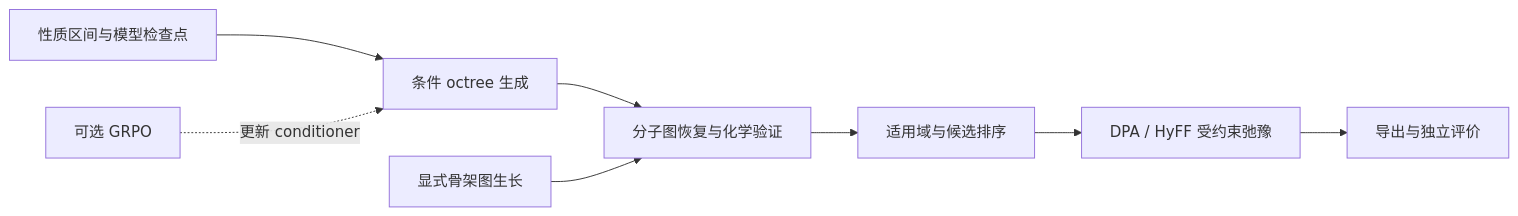
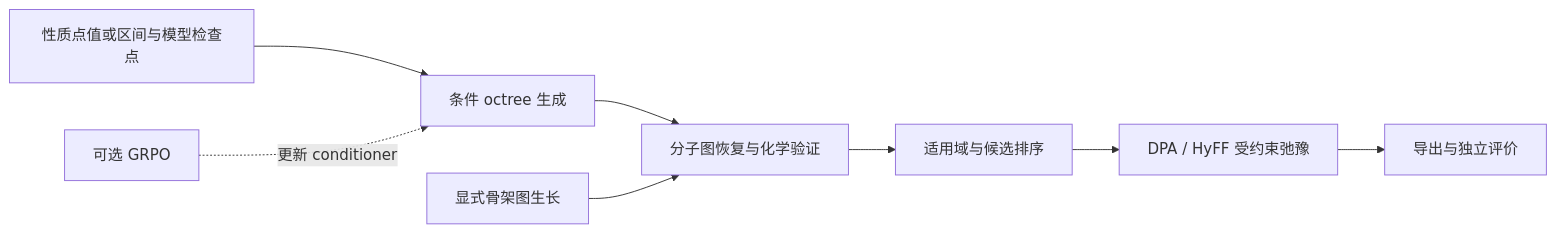
One commit to ShangChien/orbit3d changed the diagram in docs/architecture.md. Above: the diagram before and after it, drawn with Mermaid. The commit also changed other lines of this file and 6 other files, not shown here.

````diff
--- a/docs/architecture.md
+++ b/docs/architecture.md
@@ -7,10 +7,10 @@
 ```mermaid
 flowchart LR
-    A[性质区间与模型检查点] --> B[条件 octree 生成]
+    A[性质点值或区间与模型检查点] --> B[条件 octree 生成]
     B --> C[分子图恢复与化学验证]
     C --> D[适用域与候选排序]
     D --> E[DPA / HyFF 受约束弛豫]
     E --> F[导出与独立评价]
     G[可选 GRPO] -.更新 conditioner.-> B
     H[显式骨架图生长] --> C
 ```
````
